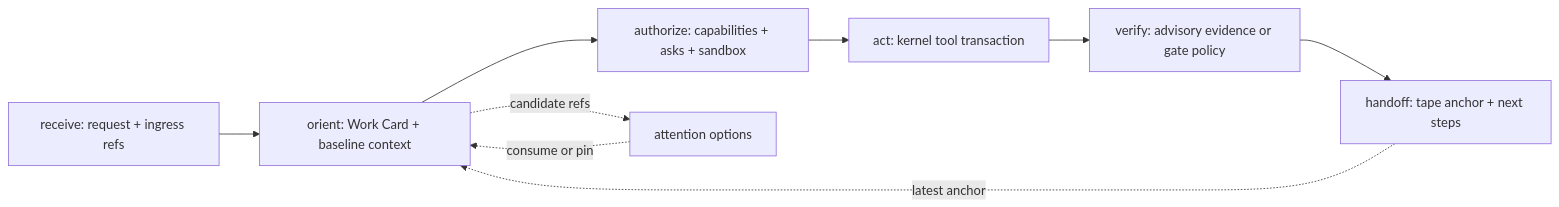
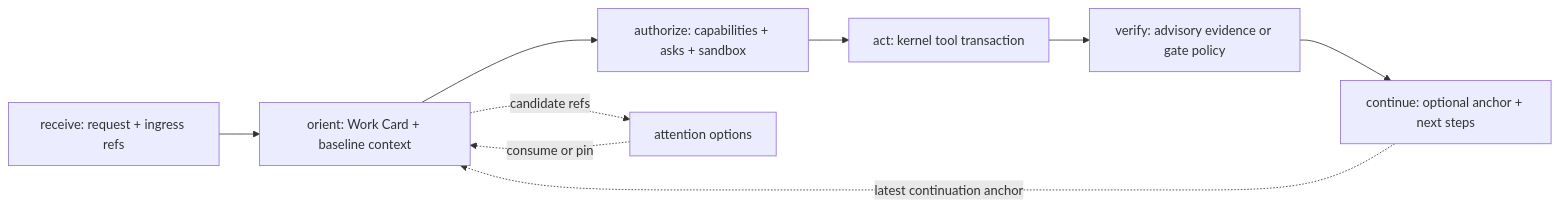
The second of 10 diagrams in docs/architecture/control-and-data-flow.md (arcthur/brewva), drawn with Mermaid before and after one commit. The commit also changed other lines of this file and 71 other files, not shown here.

First line of the commit message:
feat(context)!: adopt continuation anchor lifecycle

````diff
--- a/docs/architecture/control-and-data-flow.md
+++ b/docs/architecture/control-and-data-flow.md
@@ -32,12 +32,12 @@
 ```mermaid
 flowchart LR
   RECEIVE["receive: request + ingress refs"] --> ORIENT["orient: Work Card + baseline context"]
   ORIENT --> AUTHORIZE["authorize: capabilities + asks + sandbox"]
   AUTHORIZE --> ACT["act: kernel tool transaction"]
   ACT --> VERIFY["verify: advisory evidence or gate policy"]
-  VERIFY --> HANDOFF["handoff: tape anchor + next steps"]
+  VERIFY --> CONTINUE["continue: optional anchor + next steps"]
 
   ORIENT -. "candidate refs" .-> OPTIONS["attention options"]
   OPTIONS -. "consume or pin" .-> ORIENT
-  HANDOFF -. "latest anchor" .-> ORIENT
+  CONTINUE -. "latest continuation anchor" .-> ORIENT
 ```
````
